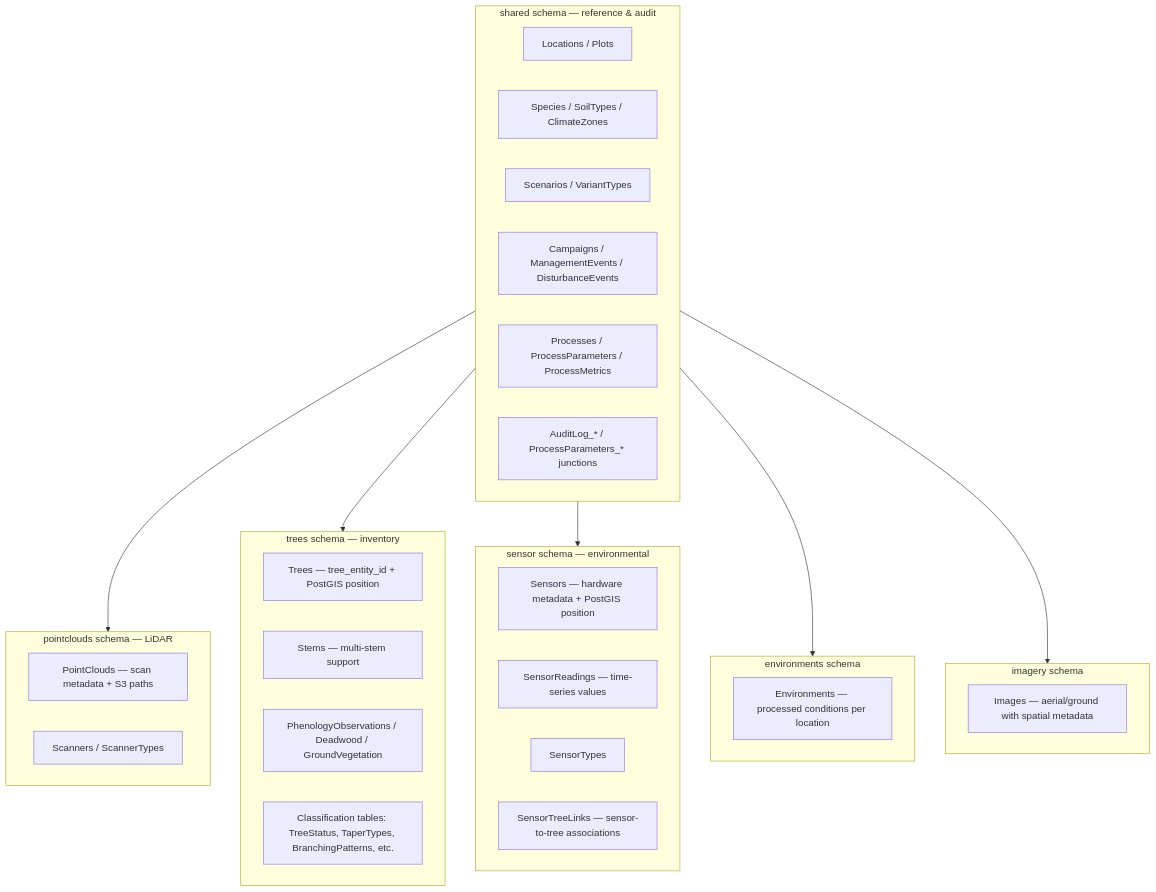
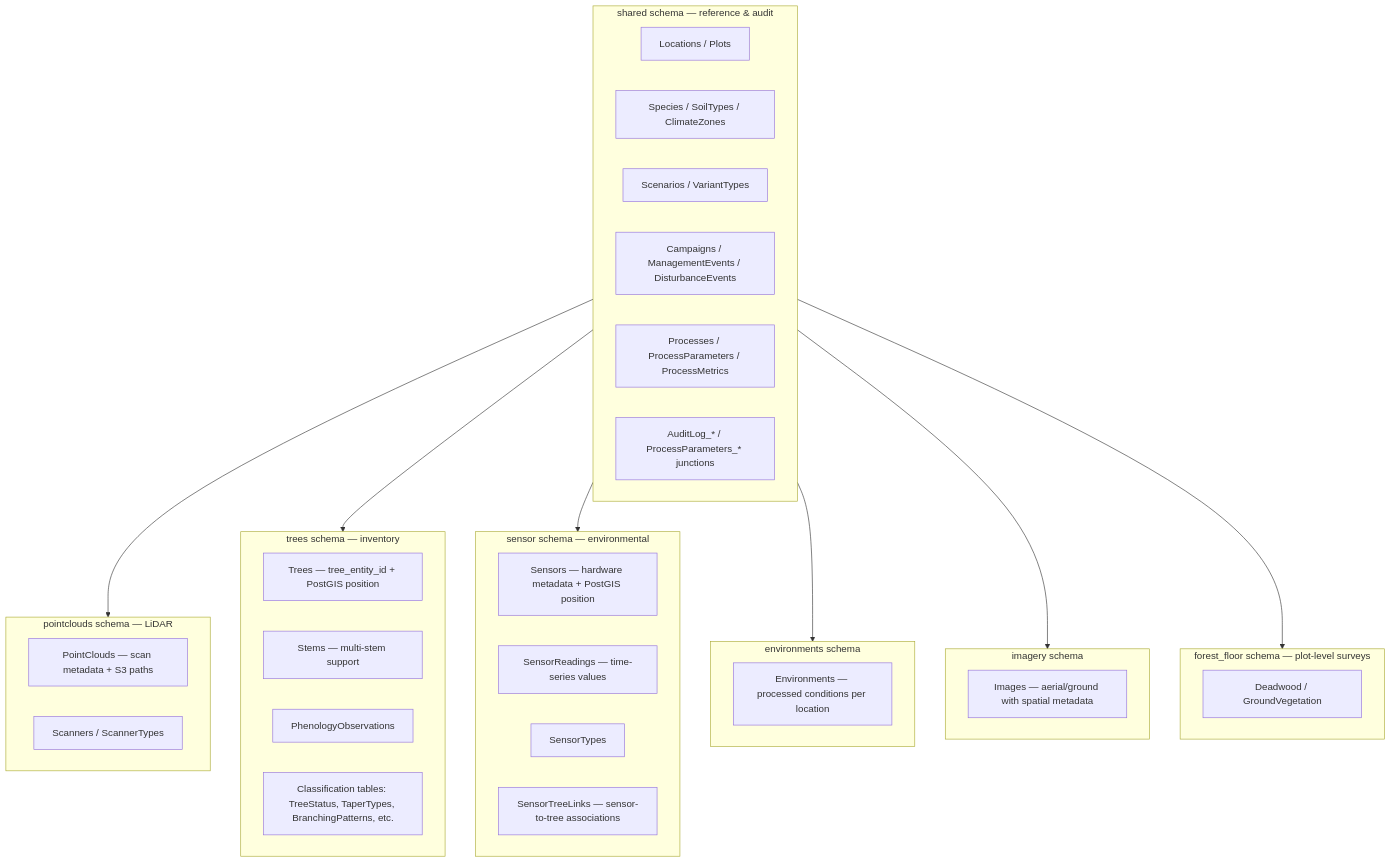
Before and after one commit to XRFutureForests/digital-twin-db: the fifth of 8 diagrams in docs/architecture.md, drawn with Mermaid. The commit also changed other lines of this file and 16 other files, not shown here.

First line of the commit message:
docs: bring documentation in line with the restructured schema

````diff
--- a/docs/architecture.md
+++ b/docs/architecture.md
@@ -249,44 +250,49 @@
 ```mermaid
 graph TD
     subgraph shared["shared schema — reference & audit"]
         S1[Locations / Plots]
         S2[Species / SoilTypes / ClimateZones]
         S3[Scenarios / VariantTypes]
         S4[Campaigns / ManagementEvents / DisturbanceEvents]
         S5[Processes / ProcessParameters / ProcessMetrics]
         S6[AuditLog_* / ProcessParameters_* junctions]
     end
 
     subgraph pointclouds["pointclouds schema — LiDAR"]
         PC1[PointClouds — scan metadata + S3 paths]
         PC2[Scanners / ScannerTypes]
     end
 
     subgraph trees["trees schema — inventory"]
         T1[Trees — tree_entity_id + PostGIS position]
         T2[Stems — multi-stem support]
-        T3[PhenologyObservations / Deadwood / GroundVegetation]
+        T3[PhenologyObservations]
         T4[Classification tables: TreeStatus, TaperTypes, BranchingPatterns, etc.]
+    end
+
+    subgraph forest_floor["forest_floor schema — plot-level surveys"]
+        FF1[Deadwood / GroundVegetation]
     end
 
     subgraph sensor["sensor schema — environmental"]
         SE1[Sensors — hardware metadata + PostGIS position]
         SE2[SensorReadings — time-series values]
         SE3[SensorTypes]
         SE4[SensorTreeLinks — sensor-to-tree associations]
     end
 
     subgraph environments["environments schema"]
         E1[Environments — processed conditions per location]
     end
 
     subgraph imagery["imagery schema"]
         I1[Images — aerial/ground with spatial metadata]
     end
 
     shared --> pointclouds
     shared --> trees
     shared --> sensor
     shared --> environments
     shared --> imagery
+    shared --> forest_floor
 ```
````
